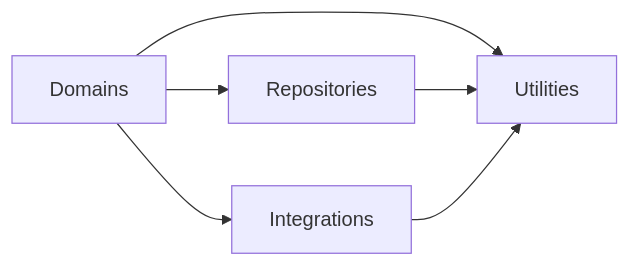
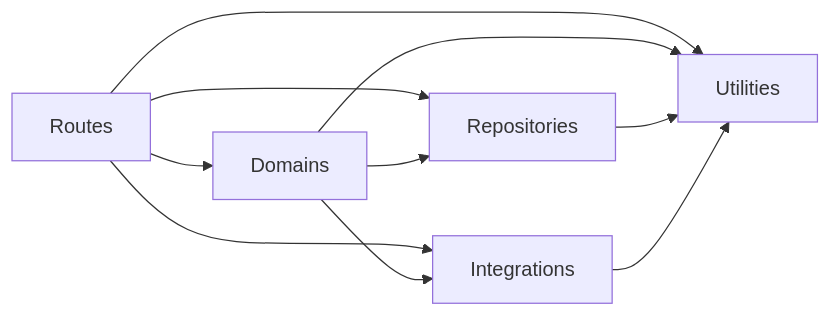
The diagram in hub/docs/backend-architecture.md (github/replica), drawn with Mermaid before and after one commit. The commit also changed other lines of this file and 8 other files, not shown here.

````diff
--- a/hub/docs/backend-architecture.md
+++ b/hub/docs/backend-architecture.md
@@ -14,8 +15,12 @@
 ```mermaid
 flowchart LR
+  Routes --> Domains
+  Routes --> Repositories
+  Routes --> Integrations
+  Routes --> Utilities
   Domains --> Repositories
   Domains --> Integrations
   Domains --> Utilities
   Repositories --> Utilities
   Integrations --> Utilities
 ```
````
